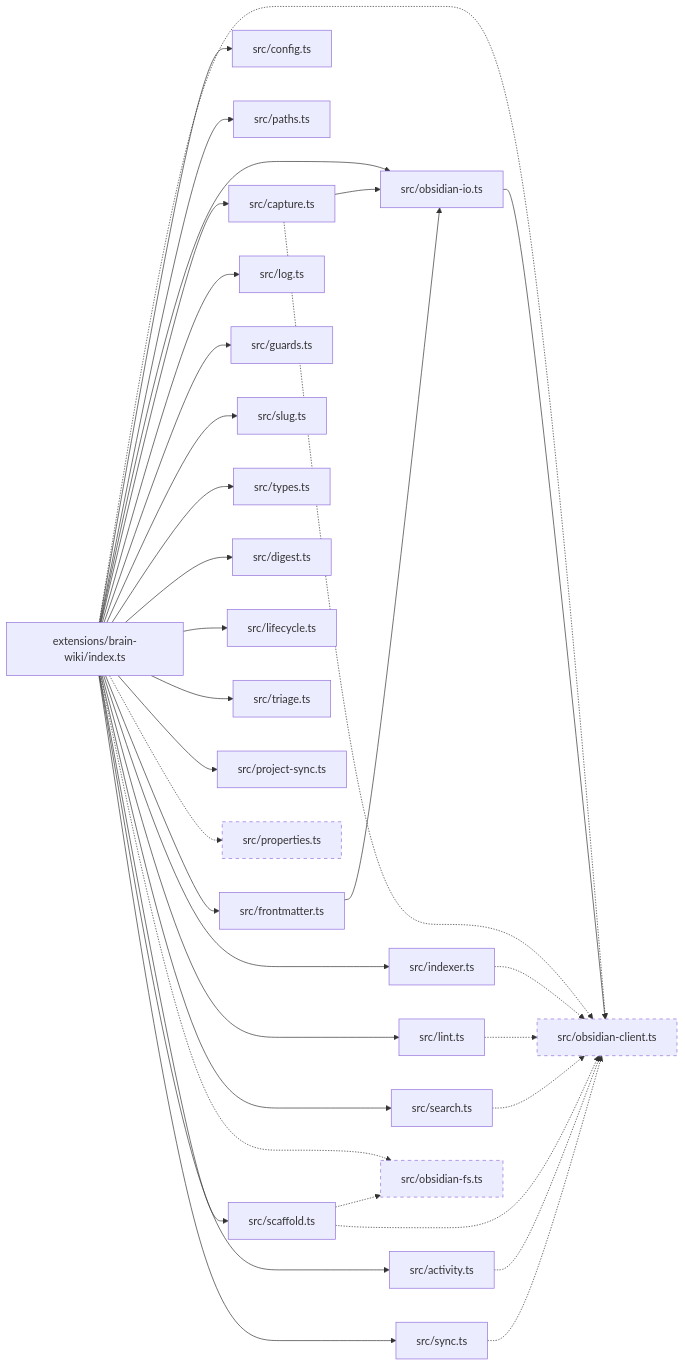
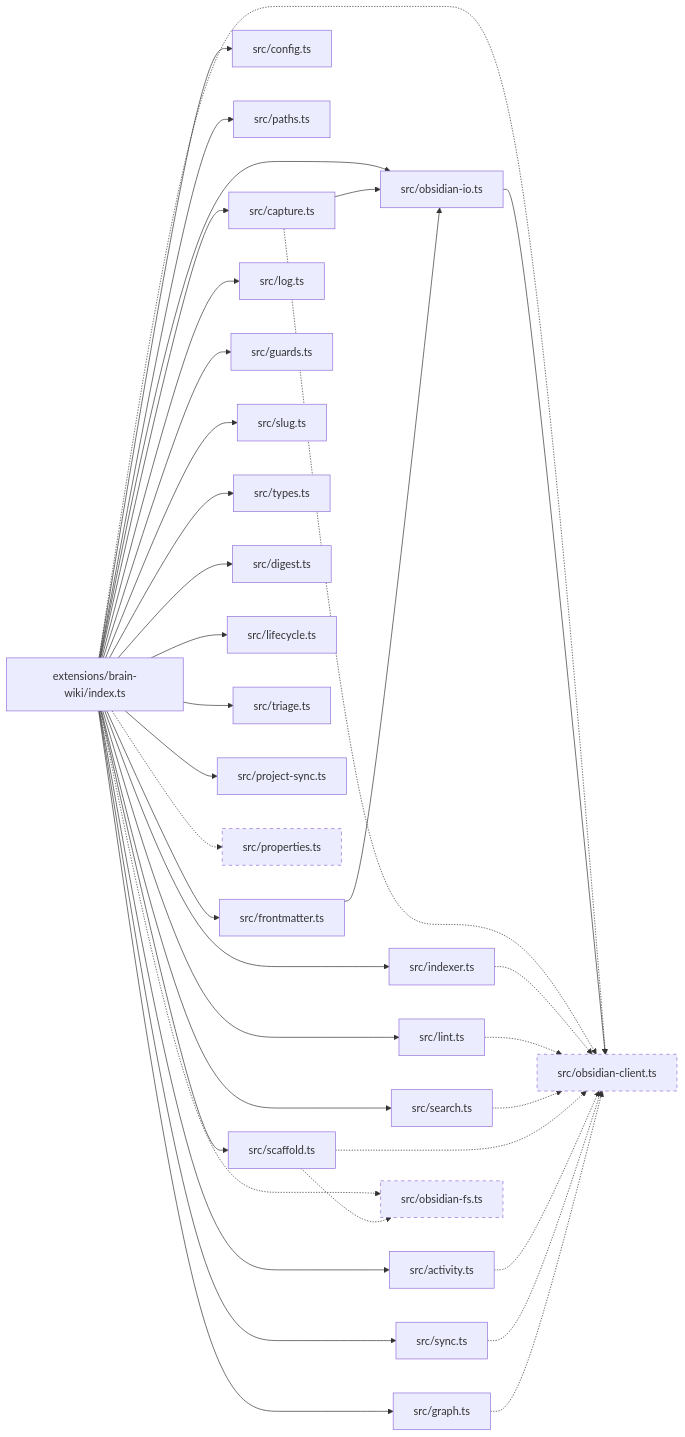
Before and after one commit to zhazhazuo/pi-brain-wiki: the diagram in docs/01_maps/module_map.md, drawn with Mermaid. The commit also changed other lines of this file and 41 other files, not shown here.

Commit message:
Add graph-first vault discovery and KB updates

````diff
--- a/docs/01_maps/module_map.md
+++ b/docs/01_maps/module_map.md
@@ -3,60 +3,63 @@
 ```mermaid
 flowchart LR
   Index[extensions/brain-wiki/index.ts]
   Capture[src/capture.ts]
   Config[src/config.ts]
   Paths[src/paths.ts]
   Scaffold[src/scaffold.ts]
   Fm[src/frontmatter.ts]
   Indexer[src/indexer.ts]
   Lint[src/lint.ts]
   Search[src/search.ts]
   Log[src/log.ts]
   Activity[src/activity.ts]
   Guards[src/guards.ts]
   Slug[src/slug.ts]
   Types[src/types.ts]
   Digest[src/digest.ts]
   Lifecycle[src/lifecycle.ts]
   Sync[src/sync.ts]
   Triage[src/triage.ts]
   ProjectSync[src/project-sync.ts]
+  Graph[src/graph.ts]
   ObsidianIo[src/obsidian-io.ts]
 
   Index --> Capture
   Index --> Config
   Index --> Paths
   Index --> Scaffold
   Index --> Fm
   Index --> Indexer
   Index --> Lint
   Index --> Search
   Index --> Log
   Index --> Activity
   Index --> Guards
   Index --> Slug
   Index --> Types
   Index --> Digest
   Index --> Lifecycle
   Index --> Sync
   Index --> Triage
   Index --> ProjectSync
+  Index --> Graph
   Index -.-> ObsidianClient[src/obsidian-client.ts]
   Index --> ObsidianIo
   ObsidianIo --> ObsidianClient
   Index -.-> ObsidianFs[src/obsidian-fs.ts]
   Index -.-> Properties[src/properties.ts]
   Capture -.-> ObsidianClient
   Capture --> ObsidianIo
   Fm --> ObsidianIo
   Indexer -.-> ObsidianClient
   Lint -.-> ObsidianClient
   Search -.-> ObsidianClient
   Scaffold -.-> ObsidianFs
   Scaffold -.-> ObsidianClient
   Activity -.-> ObsidianClient
   Sync -.-> ObsidianClient
+  Graph -.-> ObsidianClient
 
   classDef new stroke-dasharray: 5 5
   class ObsidianClient,ObsidianFs,Properties new
 ```
````
